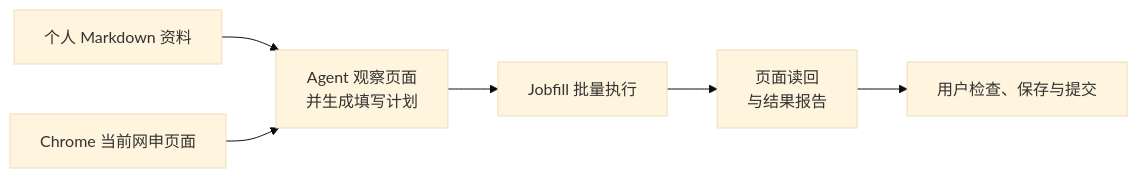
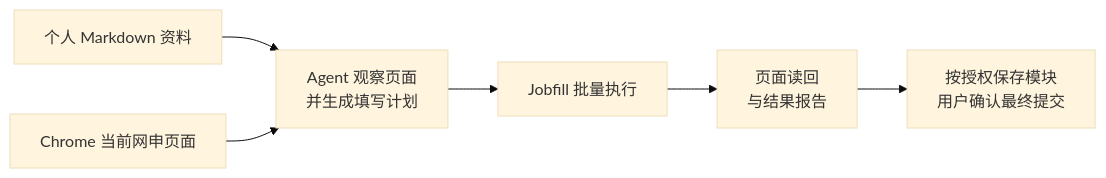
Before and after one commit to K0848/jobfill: the diagram in README.md, drawn with Mermaid (base theme). The commit also changed other lines of this file and 3 other files, not shown here.

````diff
--- a/README.md
+++ b/README.md
@@ -39,8 +39,8 @@
 ```mermaid
 flowchart LR
     A["个人 Markdown 资料"] --> B["Agent 观察页面<br/>并生成填写计划"]
     C["Chrome 当前网申页面"] --> B
     B --> D["Jobfill 批量执行"]
     D --> E["页面读回<br/>与结果报告"]
-    E --> F["用户检查、保存与提交"]
+    E --> F["按授权保存模块<br/>用户确认最终提交"]
 ```
````
